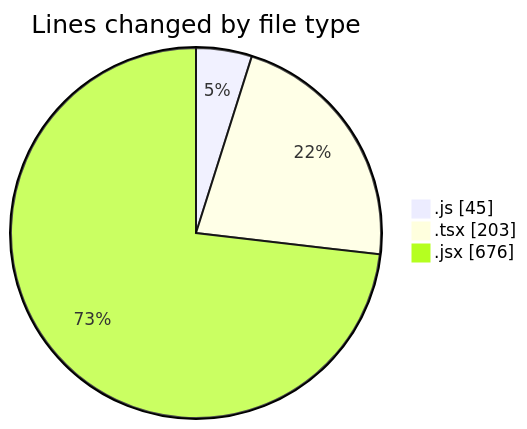
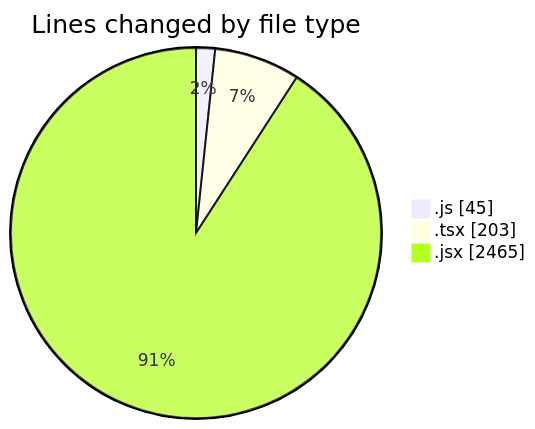
Before and after one commit to nxtqubesakshisongat/code-tracking: the first of 2 diagrams in 2026-01-09/nxtqube_webapp/README.md, drawn with Mermaid. The commit also changed other lines of this file and 1 other file, not shown here.

````diff
--- a/2026-01-09/nxtqube_webapp/README.md
+++ b/2026-01-09/nxtqube_webapp/README.md
@@ -23,7 +24,7 @@
 ```mermaid
 pie showData
 title Lines changed by file type
 ".js" : 45
 ".tsx" : 203
-".jsx" : 676
+".jsx" : 2465
 ```
````
